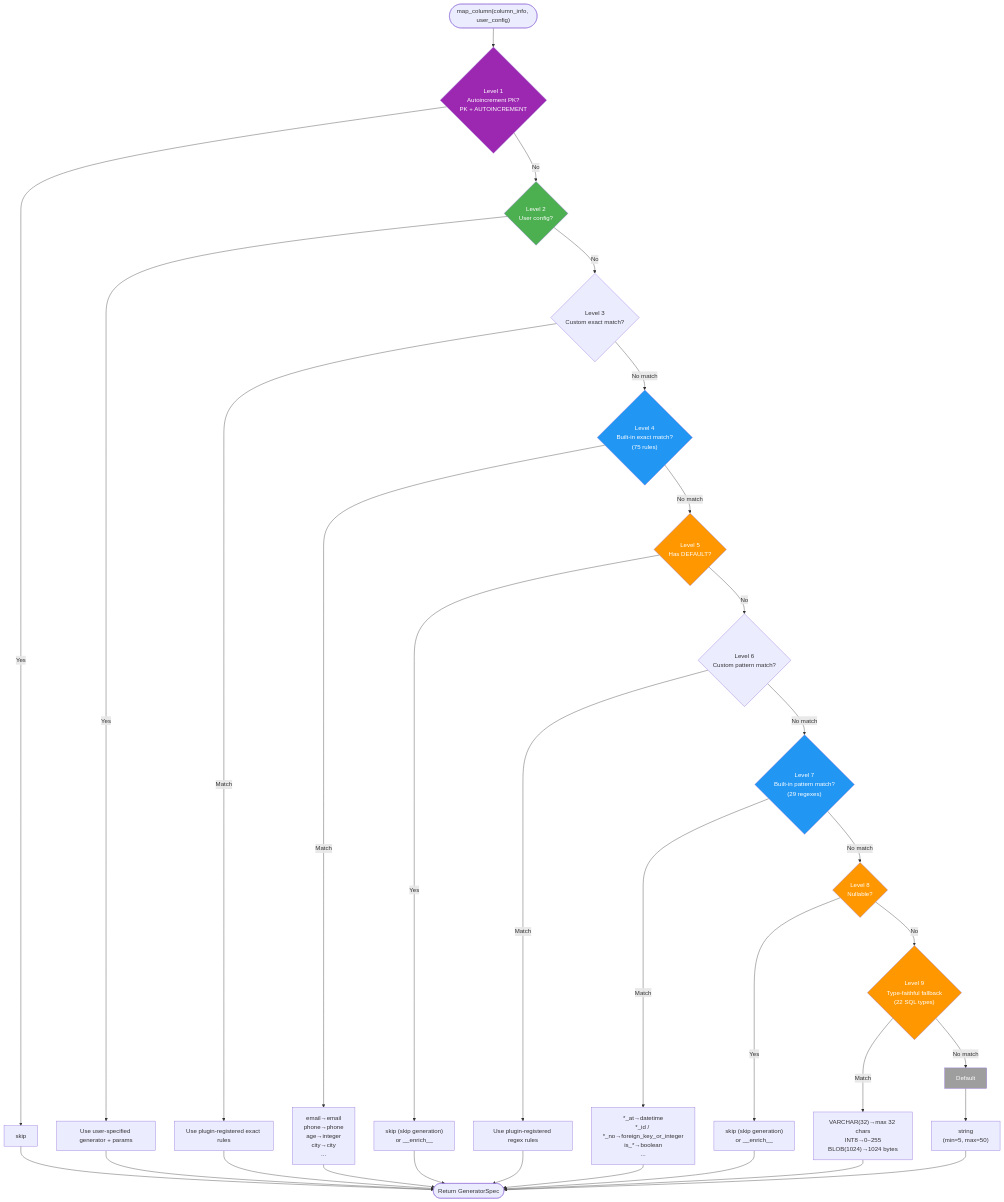
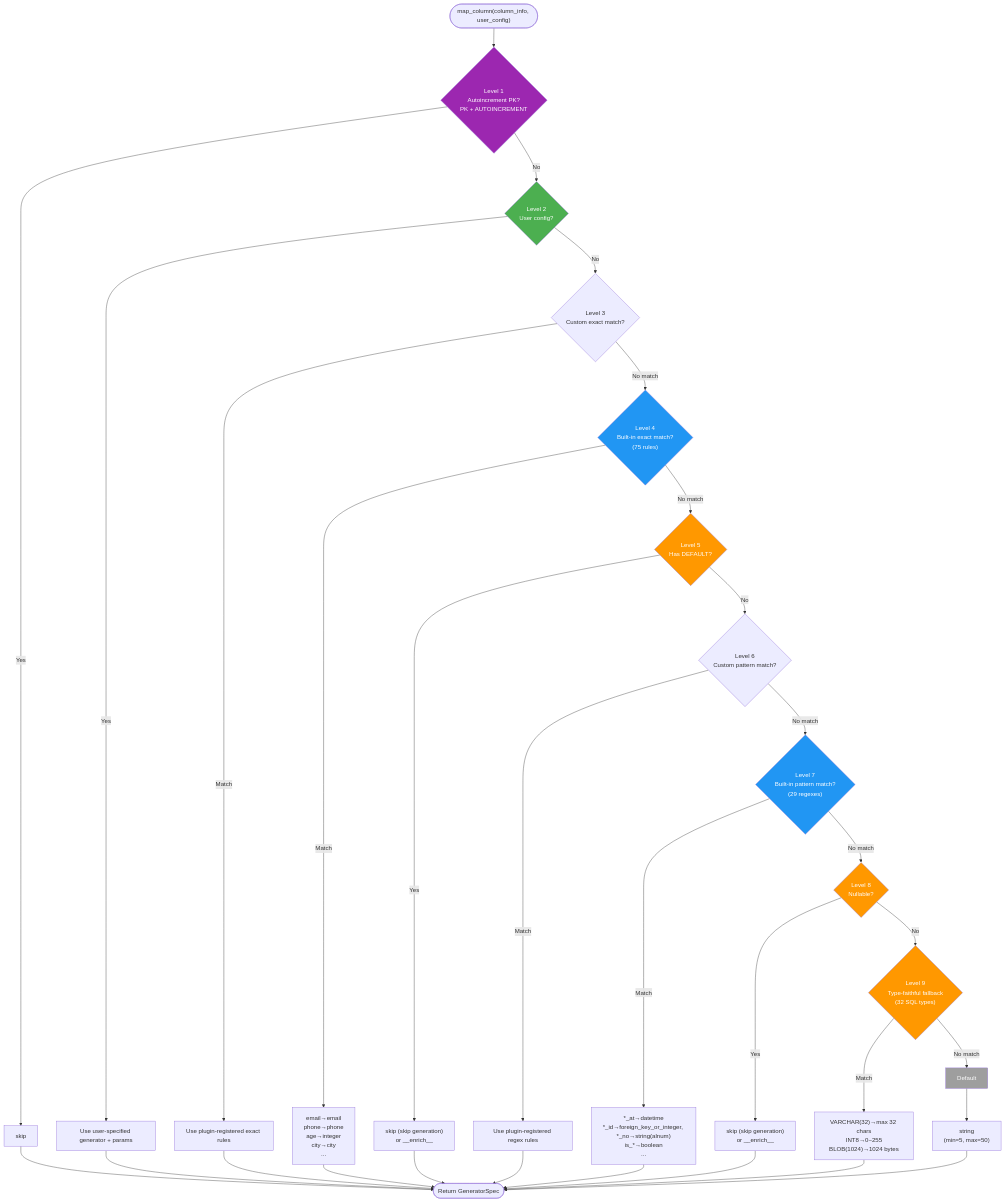
The third of 11 diagrams in docs/architecture.md (sunbos/sqlseed), drawn with Mermaid before and after one commit. The commit also changed other lines of this file and 21 other files, not shown here.

````diff
--- a/docs/architecture.md
+++ b/docs/architecture.md
@@ -211,53 +211,53 @@
 ```mermaid
 flowchart TD
     Start(["map_column(column_info, user_config)"]) --> L1
 
     L1{"Level 1<br/>Autoincrement PK?<br/>PK + AUTOINCREMENT"} -->|Yes| R1["skip"]
     L1 -->|No| L2
 
     L2{"Level 2<br/>User config?"} -->|Yes| R2["Use user-specified generator + params"]
     L2 -->|No| L3
 
     L3{"Level 3<br/>Custom exact match?"} -->|Match| R3["Use plugin-registered exact rules"]
     L3 -->|No match| L4
 
     L4{"Level 4<br/>Built-in exact match?<br/>(<!-- BEGIN:AUTO-GENERATED:exact-match-rule-count -->75<!-- END:AUTO-GENERATED:exact-match-rule-count --> rules)"} -->|Match| R4["email→email<br/>phone→phone<br/>age→integer<br/>city→city<br/>..."]
     L4 -->|No match| L5
 
     L5{"Level 5<br/>Has DEFAULT?"} -->|Yes| R5["skip (skip generation)<br/>or __enrich__"]
     L5 -->|No| L6
 
     L6{"Level 6<br/>Custom pattern match?"} -->|Match| R6["Use plugin-registered regex rules"]
     L6 -->|No match| L7
 
-    L7{"Level 7<br/>Built-in pattern match?<br/>(<!-- BEGIN:AUTO-GENERATED:pattern-match-rule-count -->29<!-- END:AUTO-GENERATED:pattern-match-rule-count --> regexes)"} -->|Match| R7["*_at→datetime<br/>*_id / *_no→foreign_key_or_integer<br/>is_*→boolean<br/>..."]
+    L7{"Level 7<br/>Built-in pattern match?<br/>(<!-- BEGIN:AUTO-GENERATED:pattern-match-rule-count -->29<!-- END:AUTO-GENERATED:pattern-match-rule-count --> regexes)"} -->|Match| R7["*_at→datetime<br/>*_id→foreign_key_or_integer, *_no→string(alnum)<br/>is_*→boolean<br/>..."]
     L7 -->|No match| L8
 
     L8{"Level 8<br/>Nullable?"} -->|Yes| R8["skip (skip generation)<br/>or __enrich__"]
     L8 -->|No| L9
 
-    L9{"Level 9<br/>Type-faithful fallback<br/>(22 SQL types)"} -->|Match| R9["VARCHAR(32)→max 32 chars<br/>INT8→0~255<br/>BLOB(1024)→1024 bytes"]
+    L9{"Level 9<br/>Type-faithful fallback<br/>(32 SQL types)"} -->|Match| R9["VARCHAR(32)→max 32 chars<br/>INT8→0~255<br/>BLOB(1024)→1024 bytes"]
     L9 -->|No match| L10
 
     L10["Default"] --> R10["string<br/>(min=5, max=50)"]
 
     R1 --> Done(["Return GeneratorSpec"])
     R2 --> Done
     R3 --> Done
     R4 --> Done
     R5 --> Done
     R6 --> Done
     R7 --> Done
     R8 --> Done
     R9 --> Done
     R10 --> Done
 
     style L1 fill:#9C27B0,color:#fff
     style L2 fill:#4CAF50,color:#fff
     style L4 fill:#2196F3,color:#fff
     style L5 fill:#FF9800,color:#fff
     style L7 fill:#2196F3,color:#fff
     style L8 fill:#FF9800,color:#fff
     style L9 fill:#FF9800,color:#fff
     style L10 fill:#9E9E9E,color:#fff
 ```
````
